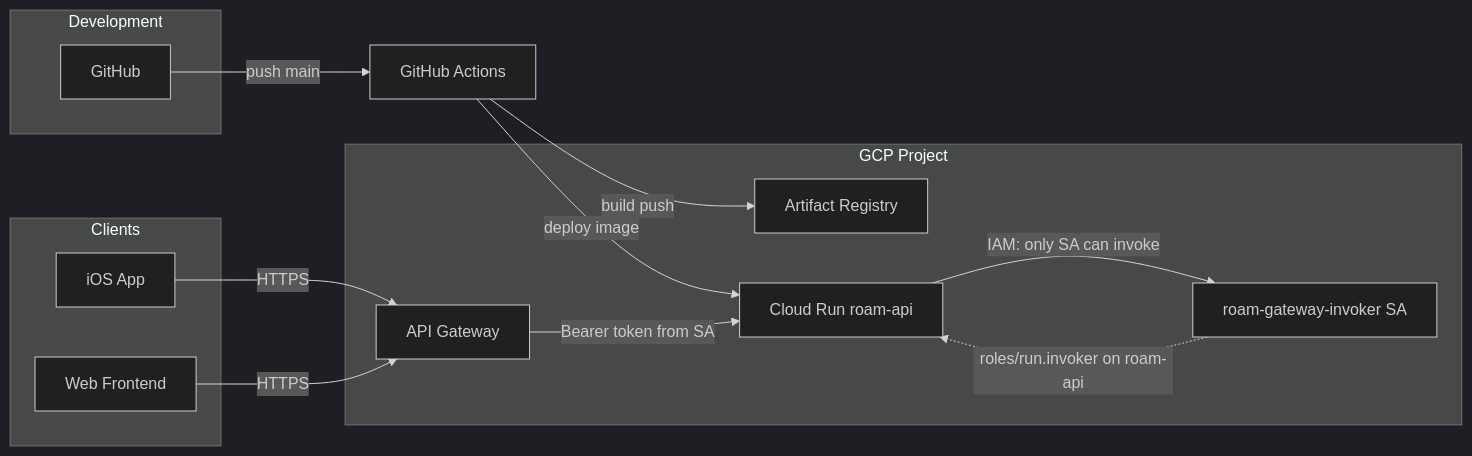
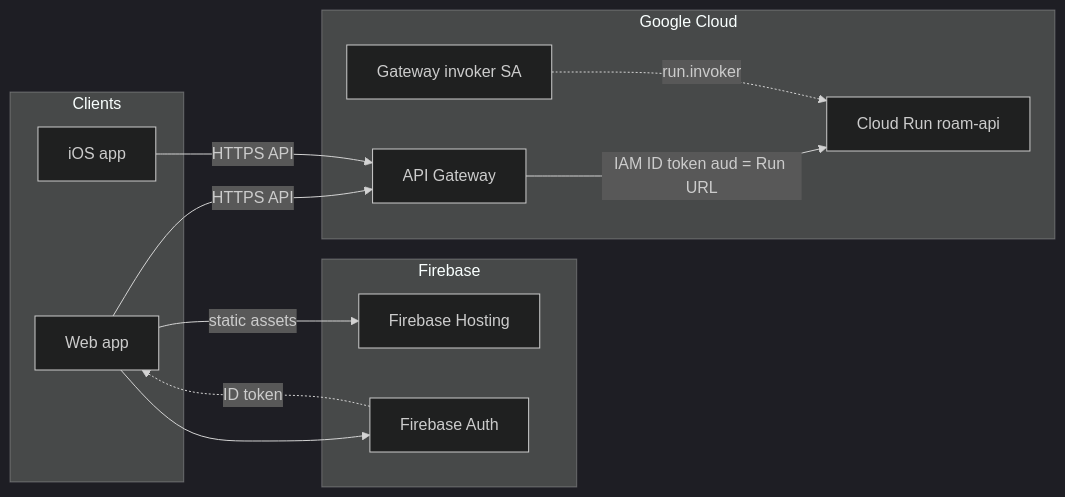
The diagram in docs/ARCHITECTURE.md (Tyler3D/Roam), drawn with Mermaid (dark theme) before and after one commit. The commit also changed other lines of this file and 3 other files, not shown here.

````diff
--- a/docs/ARCHITECTURE.md
+++ b/docs/ARCHITECTURE.md
@@ -11,24 +9,23 @@
 ```mermaid
 flowchart LR
-  subgraph dev [Development]
-    GH[GitHub]
+  subgraph clients [Clients]
+    Web[Web app]
+    iOS[iOS app]
   end
-  subgraph gcp [GCP Project]
-    AR[Artifact Registry]
+  subgraph firebase [Firebase]
+    FH[Firebase Hosting]
+    FA[Firebase Auth]
+  end
+  subgraph gcp [Google Cloud]
+    AG[API Gateway]
     CR[Cloud Run roam-api]
-    AG[API Gateway]
-    SA[roam-gateway-invoker SA]
+    SA[Gateway invoker SA]
   end
-  subgraph clients [Clients]
-    iOS[iOS App]
-    Web[Web Frontend]
-  end
-  GH -->|push main| GHA[GitHub Actions]
-  GHA -->|build push| AR
-  GHA -->|deploy image| CR
-  CR -->|IAM: only SA can invoke| SA
-  AG -->|Bearer token from SA| CR
-  iOS -->|HTTPS| AG
-  Web -->|HTTPS| AG
-  SA -.->|roles/run.invoker on roam-api| CR
+  Web -->|static assets| FH
+  Web --> FA
+  FA -.->|ID token| Web
+  Web -->|HTTPS API| AG
+  iOS -->|HTTPS API| AG
+  AG -->|IAM ID token aud = Run URL| CR
+  SA -.->|run.invoker| CR
 ```
````
